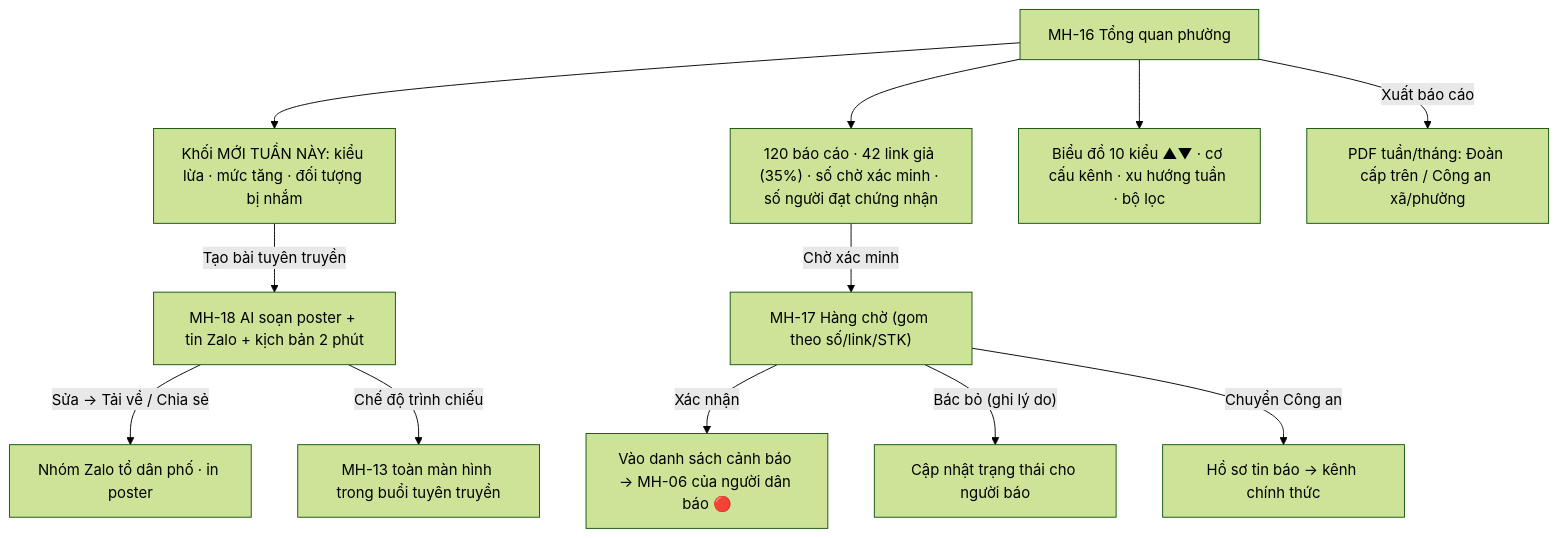
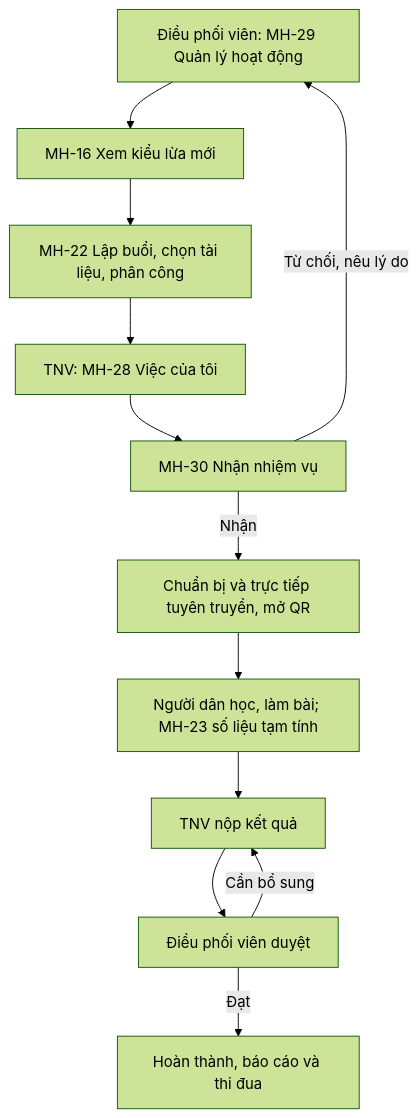
The eighth of 12 diagrams in De4_La_chan_so/03_sitemap_luong_man_hinh.md (Kiv2012/SmartThing-), drawn with Mermaid (forest theme) before and after one commit. The commit also changed other lines of this file and 3 other files, not shown here.

````diff
--- a/De4_La_chan_so/03_sitemap_luong_man_hinh.md
+++ b/De4_La_chan_so/03_sitemap_luong_man_hinh.md
@@ -312,14 +321,14 @@
 ```mermaid
 flowchart TD
-    O["MH-16 Tổng quan phường"] --> NEW["Khối MỚI TUẦN NÀY: kiểu lừa · mức tăng · đối tượng bị nhắm"]
-    O --> KPI["120 báo cáo · 42 link giả (35%) · số chờ xác minh · số người đạt chứng nhận"]
-    O --> CH["Biểu đồ 10 kiểu ▲▼ · cơ cấu kênh · xu hướng tuần · bộ lọc"]
-    NEW -- "Tạo bài tuyên truyền" --> TT["MH-18 AI soạn poster + tin Zalo + kịch bản 2 phút"]
-    TT -- "Sửa → Tải về / Chia sẻ" --> SH["Nhóm Zalo tổ dân phố · in poster"]
-    KPI -- "Chờ xác minh" --> XM["MH-17 Hàng chờ (gom theo số/link/STK)"]
-    XM -- "Xác nhận" --> DS["Vào danh sách cảnh báo → MH-06 của người dân báo 🔴"]
-    XM -- "Bác bỏ (ghi lý do)" --> BB["Cập nhật trạng thái cho người báo"]
-    XM -- "Chuyển Công an" --> CA["Hồ sơ tin báo → kênh chính thức"]
-    O -- "Xuất báo cáo" --> PDF["PDF tuần/tháng: Đoàn cấp trên / Công an xã/phường"]
-    TT -- "Chế độ trình chiếu" --> PJ["MH-13 toàn màn hình trong buổi tuyên truyền"]
+    A["Điều phối viên: MH-29 Quản lý hoạt động"] --> B["MH-16 Xem kiểu lừa mới"]
+    B --> C["MH-22 Lập buổi, chọn tài liệu, phân công"]
+    C --> D["TNV: MH-28 Việc của tôi"]
+    D --> E["MH-30 Nhận nhiệm vụ"]
+    E -- "Từ chối, nêu lý do" --> A
+    E -- "Nhận" --> F["Chuẩn bị và trực tiếp tuyên truyền, mở QR"]
+    F --> G["Người dân học, làm bài; MH-23 số liệu tạm tính"]
+    G --> H["TNV nộp kết quả"]
+    H --> I["Điều phối viên duyệt"]
+    I -- "Cần bổ sung" --> H
+    I -- "Đạt" --> J["Hoàn thành, báo cáo và thi đua"]
 ```
````
